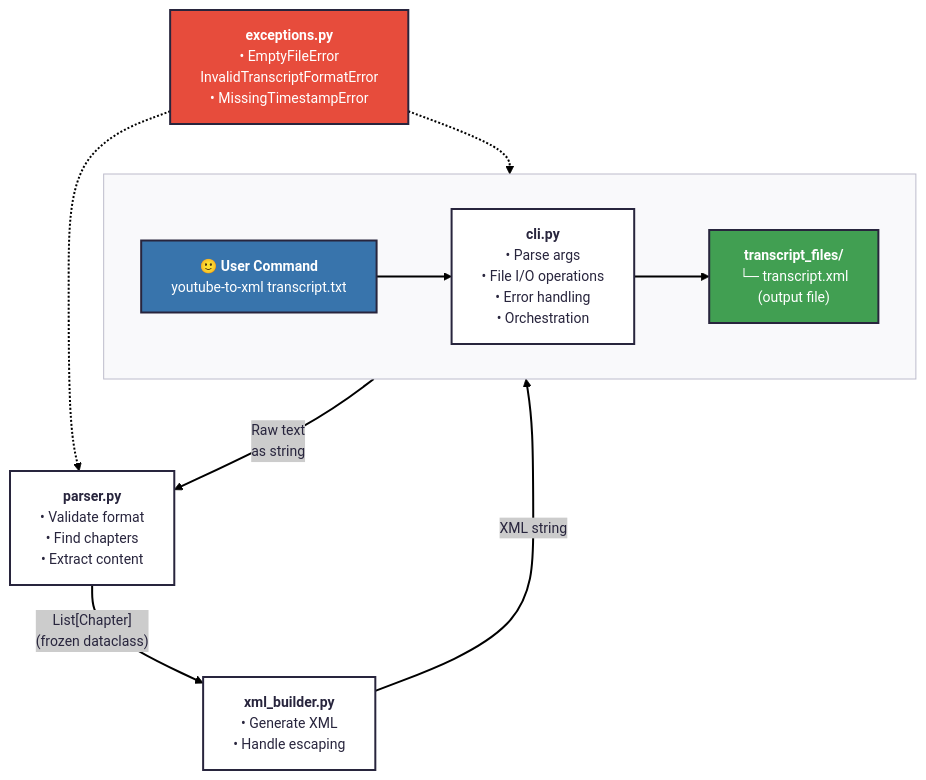
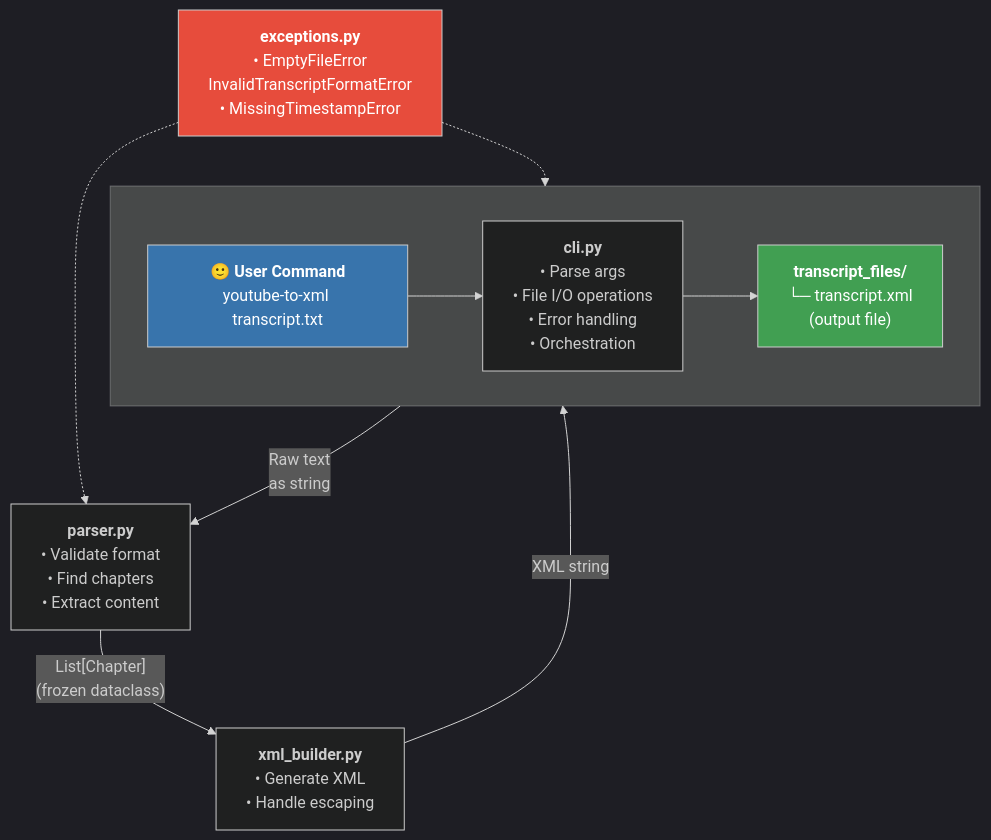
One commit to michellepace/youtube-to-xml changed the diagram in docs/SPEC.md. Above: the diagram before and after it, drawn with Mermaid.

Commit message:
docs: change mermaid theme to dark

````diff
--- a/docs/SPEC.md
+++ b/docs/SPEC.md
@@ -29,49 +29,49 @@
 ```mermaid
 ---
 config:
-  theme: redux
+  theme: dark
 ---
 flowchart TD
     subgraph TOP[" "]
         direction LR
         
         CLI["`**🙂 User Command**
         youtube-to-xml transcript.txt`"]
 
         CLIMOD["`**cli.py**
         • Parse args
         • File I/O operations
         • Error handling
         • Orchestration`"]
 
         OUTPUT["`**transcript_files/**
         └─ transcript.xml<br>(output file)`"]
 
         CLI --> CLIMOD
         CLIMOD --> OUTPUT
     end
     
     EXCEPTIONS["`**exceptions.py**
     • EmptyFileError
     InvalidTranscriptFormatError
     • MissingTimestampError`"]
     
     PARSER["`**parser.py**
     • Validate format
     • Find chapters
     • Extract content`"]
     
     XMLBUILDER["`**xml_builder.py**
     • Generate XML
     • Handle escaping`"]
     
     CLIMOD --> |Raw text<br>as string| PARSER
     PARSER --> |"List[Chapter]<br>(frozen dataclass)"| XMLBUILDER
     XMLBUILDER --> |XML string| CLIMOD
     EXCEPTIONS -.-> PARSER
     EXCEPTIONS -.-> CLIMOD
     
     style CLI color:#fff,fill:#3874ac
     style OUTPUT color:#fff,fill:#419f52
     style EXCEPTIONS color:#fff,fill:#e74c3c
 ```
````
